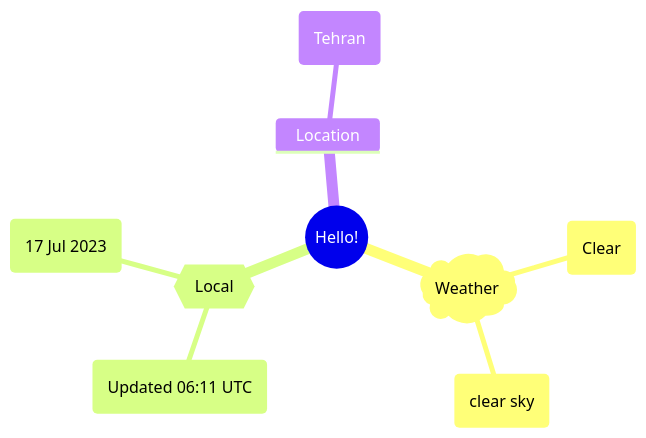
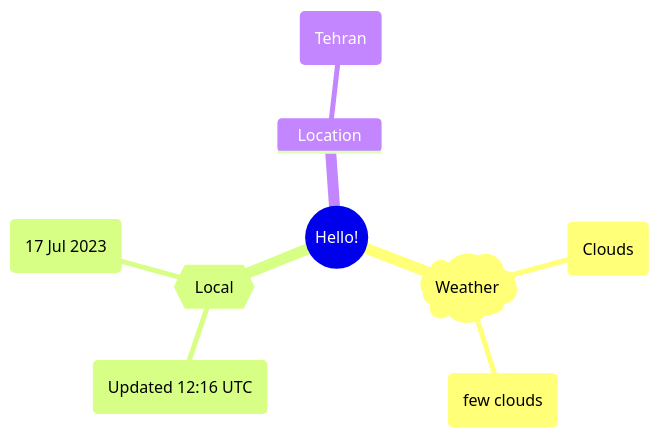
One commit to Xosrov/Xosrov changed the first of 2 diagrams in README.md. Above: the diagram before and after it, drawn with Mermaid.

Commit message:
[bot] updated images

````diff
--- a/README.md
+++ b/README.md
@@ -3,12 +3,12 @@
 ```mermaid
 mindmap
   root((Hello!))
     )Weather(
-        (Clear)
-        (clear sky)
+        (Clouds)
+        (few clouds)
     {{Local}}
-        (Updated 06:11 UTC)
+        (Updated 12:16 UTC)
         (17 Jul 2023)
     Location
         (Tehran)
 ```
````
